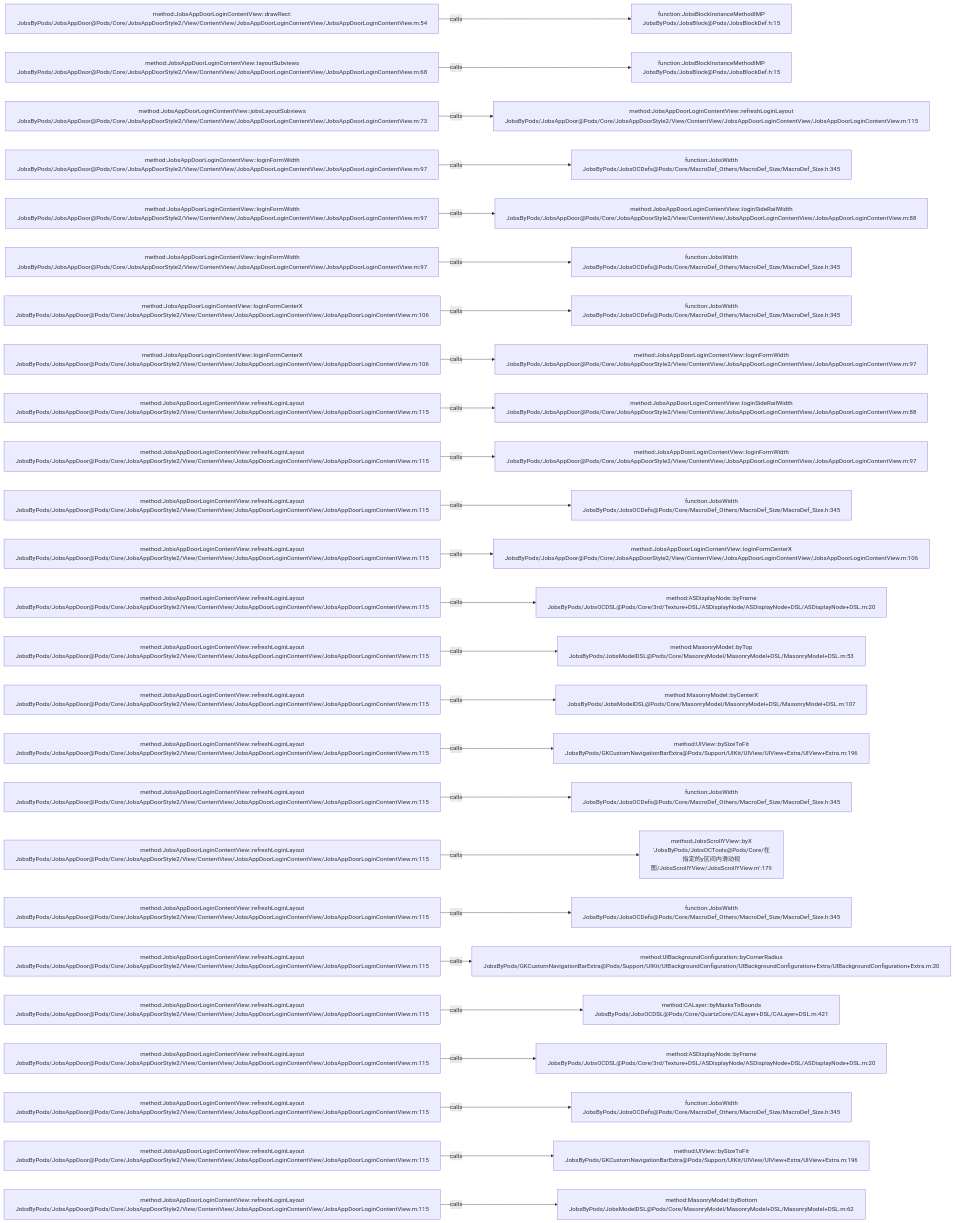
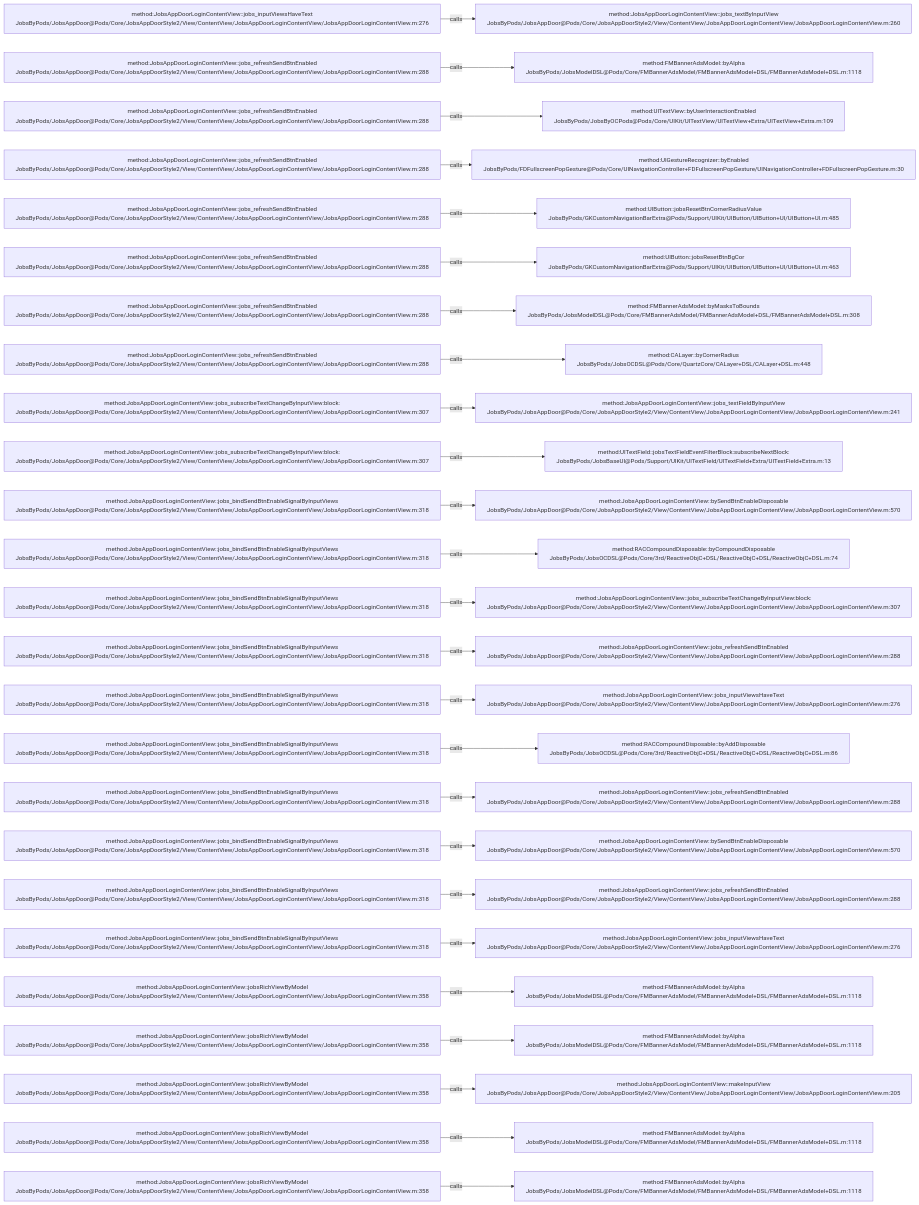
One commit to JobsKits/JobsOCBaseConfigDemo changed the diagram in .codegraph/codegraph.md/graphs/calls-120.md. Above: the diagram before and after it, drawn with Mermaid. The commit also changed 223 other files, not shown here.

````diff
--- a/.codegraph/codegraph.md/graphs/calls-120.md
+++ b/.codegraph/codegraph.md/graphs/calls-120.md
@@ -13,78 +13,78 @@
 ```mermaid
 flowchart LR
-  S1["method:JobsAppDoorLoginContentView::drawRect:<br/>JobsByPods/JobsAppDoor@Pods/Core/JobsAppDoorStyle2/View/ContentView/JobsAppDoorLoginContentView/JobsAppDoorLoginContentView.m:54"]
-  T1["function:JobsBlockInstanceMethodIMP<br/>JobsByPods/JobsBlock@Pods/JobsBlockDef.h:15"]
+  S1["method:JobsAppDoorLoginContentView::jobs_inputViewsHaveText<br/>JobsByPods/JobsAppDoor@Pods/Core/JobsAppDoorStyle2/View/ContentView/JobsAppDoorLoginContentView/JobsAppDoorLoginContentView.m:276"]
+  T1["method:JobsAppDoorLoginContentView::jobs_textByInputView<br/>JobsByPods/JobsAppDoor@Pods/Core/JobsAppDoorStyle2/View/ContentView/JobsAppDoorLoginContentView/JobsAppDoorLoginContentView.m:260"]
   S1 -->|calls| T1
-  S2["method:JobsAppDoorLoginContentView::layoutSubviews<br/>JobsByPods/JobsAppDoor@Pods/Core/JobsAppDoorStyle2/View/ContentView/JobsAppDoorLoginContentView/JobsAppDoorLoginContentView.m:68"]
-  T2["function:JobsBlockInstanceMethodIMP<br/>JobsByPods/JobsBlock@Pods/JobsBlockDef.h:15"]
+  S2["method:JobsAppDoorLoginContentView::jobs_refreshSendBtnEnabled<br/>JobsByPods/JobsAppDoor@Pods/Core/JobsAppDoorStyle2/View/ContentView/JobsAppDoorLoginContentView/JobsAppDoorLoginContentView.m:288"]
+  T2["method:FMBannerAdsModel::byAlpha<br/>JobsByPods/JobsModelDSL@Pods/Core/FMBannerAdsModel/FMBannerAdsModel+DSL/FMBannerAdsModel+DSL.m:1118"]
   S2 -->|calls| T2
-  S3["method:JobsAppDoorLoginContentView::jobsLayoutSubviews<br/>JobsByPods/JobsAppDoor@Pods/Core/JobsAppDoorStyle2/View/ContentView/JobsAppDoorLoginContentView/JobsAppDoorLoginContentView.m:73"]
-  T3["method:JobsAppDoorLoginContentView::refreshLoginLayout<br/>JobsByPods/JobsAppDoor@Pods/Core/JobsAppDoorStyle2/View/ContentView/JobsAppDoorLoginContentView/JobsAppDoorLoginContentView.m:115"]
+  S3["method:JobsAppDoorLoginContentView::jobs_refreshSendBtnEnabled<br/>JobsByPods/JobsAppDoor@Pods/Core/JobsAppDoorStyle2/View/ContentView/JobsAppDoorLoginContentView/JobsAppDoorLoginContentView.m:288"]
+  T3["method:UITextView::byUserInteractionEnabled<br/>JobsByPods/JobsByOCPods@Pods/Core/UIKit/UITextView/UITextView+Extra/UITextView+Extra.m:109"]
   S3 -->|calls| T3
-  S4["method:JobsAppDoorLoginContentView::loginFormWidth<br/>JobsByPods/JobsAppDoor@Pods/Core/JobsAppDoorStyle2/View/ContentView/JobsAppDoorLoginContentView/JobsAppDoorLoginContentView.m:97"]
-  T4["function:JobsWidth<br/>JobsByPods/JobsOCDefs@Pods/Core/MacroDef_Others/MacroDef_Size/MacroDef_Size.h:345"]
+  S4["method:JobsAppDoorLoginContentView::jobs_refreshSendBtnEnabled<br/>JobsByPods/JobsAppDoor@Pods/Core/JobsAppDoorStyle2/View/ContentView/JobsAppDoorLoginContentView/JobsAppDoorLoginContentView.m:288"]
+  T4["method:UIGestureRecognizer::byEnabled<br/>JobsByPods/FDFullscreenPopGesture@Pods/Core/UINavigationController+FDFullscreenPopGesture/UINavigationController+FDFullscreenPopGesture.m:30"]
   S4 -->|calls| T4
-  S5["method:JobsAppDoorLoginContentView::loginFormWidth<br/>JobsByPods/JobsAppDoor@Pods/Core/JobsAppDoorStyle2/View/ContentView/JobsAppDoorLoginContentView/JobsAppDoorLoginContentView.m:97"]
-  T5["method:JobsAppDoorLoginContentView::loginSideRailWidth<br/>JobsByPods/JobsAppDoor@Pods/Core/JobsAppDoorStyle2/View/ContentView/JobsAppDoorLoginContentView/JobsAppDoorLoginContentView.m:88"]
+  S5["method:JobsAppDoorLoginContentView::jobs_refreshSendBtnEnabled<br/>JobsByPods/JobsAppDoor@Pods/Core/JobsAppDoorStyle2/View/ContentView/JobsAppDoorLoginContentView/JobsAppDoorLoginContentView.m:288"]
+  T5["method:UIButton::jobsResetBtnCornerRadiusValue<br/>JobsByPods/GKCustomNavigationBarExtra@Pods/Support/UIKit/UIButton/UIButton+UI/UIButton+UI.m:485"]
   S5 -->|calls| T5
-  S6["method:JobsAppDoorLoginContentView::loginFormWidth<br/>JobsByPods/JobsAppDoor@Pods/Core/JobsAppDoorStyle2/View/ContentView/JobsAppDoorLoginContentView/JobsAppDoorLoginContentView.m:97"]
-  T6["function:JobsWidth<br/>JobsByPods/JobsOCDefs@Pods/Core/MacroDef_Others/MacroDef_Size/MacroDef_Size.h:345"]
+  S6["method:JobsAppDoorLoginContentView::jobs_refreshSendBtnEnabled<br/>JobsByPods/JobsAppDoor@Pods/Core/JobsAppDoorStyle2/View/ContentView/JobsAppDoorLoginContentView/JobsAppDoorLoginContentView.m:288"]
+  T6["method:UIButton::jobsResetBtnBgCor<br/>JobsByPods/GKCustomNavigationBarExtra@Pods/Support/UIKit/UIButton/UIButton+UI/UIButton+UI.m:463"]
   S6 -->|calls| T6
-  S7["method:JobsAppDoorLoginContentView::loginFormCenterX<br/>JobsByPods/JobsAppDoor@Pods/Core/JobsAppDoorStyle2/View/ContentView/JobsAppDoorLoginContentView/JobsAppDoorLoginContentView.m:106"]
-  T7["function:JobsWidth<br/>JobsByPods/JobsOCDefs@Pods/Core/MacroDef_Others/MacroDef_Size/MacroDef_Size.h:345"]
+  S7["method:JobsAppDoorLoginContentView::jobs_refreshSendBtnEnabled<br/>JobsByPods/JobsAppDoor@Pods/Core/JobsAppDoorStyle2/View/ContentView/JobsAppDoorLoginContentView/JobsAppDoorLoginContentView.m:288"]
+  T7["method:FMBannerAdsModel::byMasksToBounds<br/>JobsByPods/JobsModelDSL@Pods/Core/FMBannerAdsModel/FMBannerAdsModel+DSL/FMBannerAdsModel+DSL.m:308"]
   S7 -->|calls| T7
-  S8["method:JobsAppDoorLoginContentView::loginFormCenterX<br/>JobsByPods/JobsAppDoor@Pods/Core/JobsAppDoorStyle2/View/ContentView/JobsAppDoorLoginContentView/JobsAppDoorLoginContentView.m:106"]
-  T8["method:JobsAppDoorLoginContentView::loginFormWidth<br/>JobsByPods/JobsAppDoor@Pods/Core/JobsAppDoorStyle2/View/ContentView/JobsAppDoorLoginContentView/JobsAppDoorLoginContentView.m:97"]
+  S8["method:JobsAppDoorLoginContentView::jobs_refreshSendBtnEnabled<br/>JobsByPods/JobsAppDoor@Pods/Core/JobsAppDoorStyle2/View/ContentView/JobsAppDoorLoginContentView/JobsAppDoorLoginContentView.m:288"]
+  T8["method:CALayer::byCornerRadius<br/>JobsByPods/JobsOCDSL@Pods/Core/QuartzCore/CALayer+DSL/CALayer+DSL.m:448"]
   S8 -->|calls| T8
-  S9["method:JobsAppDoorLoginContentView::refreshLoginLayout<br/>JobsByPods/JobsAppDoor@Pods/Core/JobsAppDoorStyle2/View/ContentView/JobsAppDoorLoginContentView/JobsAppDoorLoginContentView.m:115"]
-  T9["method:JobsAppDoorLoginContentView::loginSideRailWidth<br/>JobsByPods/JobsAppDoor@Pods/Core/JobsAppDoorStyle2/View/ContentView/JobsAppDoorLoginContentView/JobsAppDoorLoginContentView.m:88"]
+  S9["method:JobsAppDoorLoginContentView::jobs_subscribeTextChangeByInputView:block:<br/>JobsByPods/JobsAppDoor@Pods/Core/JobsAppDoorStyle2/View/ContentView/JobsAppDoorLoginContentView/JobsAppDoorLoginContentView.m:307"]
+  T9["method:JobsAppDoorLoginContentView::jobs_textFieldByInputView<br/>JobsByPods/JobsAppDoor@Pods/Core/JobsAppDoorStyle2/View/ContentView/JobsAppDoorLoginContentView/JobsAppDoorLoginContentView.m:241"]
   S9 -->|calls| T9
-  S10["method:JobsAppDoorLoginContentView::refreshLoginLayout<br/>JobsByPods/JobsAppDoor@Pods/Core/JobsAppDoorStyle2/View/ContentView/JobsAppDoorLoginContentView/JobsAppDoorLoginContentView.m:115"]
-  T10["method:JobsAppDoorLoginContentView::loginFormWidth<br/>JobsByPods/JobsAppDoor@Pods/Core/JobsAppDoorStyle2/View/ContentView/JobsAppDoorLoginContentView/JobsAppDoorLoginContentView.m:97"]
+  S10["method:JobsAppDoorLoginContentView::jobs_subscribeTextChangeByInputView:block:<br/>JobsByPods/JobsAppDoor@Pods/Core/JobsAppDoorStyle2/View/ContentView/JobsAppDoorLoginContentView/JobsAppDoorLoginContentView.m:307"]
+  T10["method:UITextField::jobsTextFieldEventFilterBlock:subscribeNextBlock:<br/>JobsByPods/JobsBaseUI@Pods/Support/UIKit/UITextField/UITextField+Extra/UITextField+Extra.m:13"]
   S10 -->|calls| T10
-  S11["method:JobsAppDoorLoginContentView::refreshLoginLayout<br/>JobsByPods/JobsAppDoor@Pods/Core/JobsAppDoorStyle2/View/ContentView/JobsAppDoorLoginContentView/JobsAppDoorLoginContentView.m:115"]
-  T11["function:JobsWidth<br/>JobsByPods/JobsOCDefs@Pods/Core/MacroDef_Others/MacroDef_Size/MacroDef_Size.h:345"]
+  S11["method:JobsAppDoorLoginContentView::jobs_bindSendBtnEnableSignalByInputViews<br/>JobsByPods/JobsAppDoor@Pods/Core/JobsAppDoorStyle2/View/ContentView/JobsAppDoorLoginContentView/JobsAppDoorLoginContentView.m:318"]
+  T11["method:JobsAppDoorLoginContentView::bySendBtnEnableDisposable<br/>JobsByPods/JobsAppDoor@Pods/Core/JobsAppDoorStyle2/View/ContentView/JobsAppDoorLoginContentView/JobsAppDoorLoginContentView.m:570"]
   S11 -->|calls| T11
-  S12["method:JobsAppDoorLoginContentView::refreshLoginLayout<br/>JobsByPods/JobsAppDoor@Pods/Core/JobsAppDoorStyle2/View/ContentView/JobsAppDoorLoginContentView/JobsAppDoorLoginContentView.m:115"]
-  T12["method:JobsAppDoorLoginContentView::loginFormCenterX<br/>JobsByPods/JobsAppDoor@Pods/Core/JobsAppDoorStyle2/View/ContentView/JobsAppDoorLoginContentView/JobsAppDoorLoginContentView.m:106"]
+  S12["method:JobsAppDoorLoginContentView::jobs_bindSendBtnEnableSignalByInputViews<br/>JobsByPods/JobsAppDoor@Pods/Core/JobsAppDoorStyle2/View/ContentView/JobsAppDoorLoginContentView/JobsAppDoorLoginContentView.m:318"]
+  T12["method:RACCompoundDisposable::byCompoundDisposable<br/>JobsByPods/JobsOCDSL@Pods/Core/3rd/ReactiveObjC+DSL/ReactiveObjC+DSL/ReactiveObjC+DSL.m:74"]
   S12 -->|calls| T12
-  S13["method:JobsAppDoorLoginContentView::refreshLoginLayout<br/>JobsByPods/JobsAppDoor@Pods/Core/JobsAppDoorStyle2/View/ContentView/JobsAppDoorLoginContentView/JobsAppDoorLoginContentView.m:115"]
-  T13["method:ASDisplayNode::byFrame<br/>JobsByPods/JobsOCDSL@Pods/Core/3rd/Texture+DSL/ASDisplayNode/ASDisplayNode+DSL/ASDisplayNode+DSL.m:20"]
+  S13["method:JobsAppDoorLoginContentView::jobs_bindSendBtnEnableSignalByInputViews<br/>JobsByPods/JobsAppDoor@Pods/Core/JobsAppDoorStyle2/View/ContentView/JobsAppDoorLoginContentView/JobsAppDoorLoginContentView.m:318"]
+  T13["method:JobsAppDoorLoginContentView::jobs_subscribeTextChangeByInputView:block:<br/>JobsByPods/JobsAppDoor@Pods/Core/JobsAppDoorStyle2/View/ContentView/JobsAppDoorLoginContentView/JobsAppDoorLoginContentView.m:307"]
   S13 -->|calls| T13
-  S14["method:JobsAppDoorLoginContentView::refreshLoginLayout<br/>JobsByPods/JobsAppDoor@Pods/Core/JobsAppDoorStyle2/View/ContentView/JobsAppDoorLoginContentView/JobsAppDoorLoginContentView.m:115"]
-  T14["method:MasonryModel::byTop<br/>JobsByPods/JobsModelDSL@Pods/Core/MasonryModel/MasonryModel+DSL/MasonryModel+DSL.m:53"]
+  S14["method:JobsAppDoorLoginContentView::jobs_bindSendBtnEnableSignalByInputViews<br/>JobsByPods/JobsAppDoor@Pods/Core/JobsAppDoorStyle2/View/ContentView/JobsAppDoorLoginContentView/JobsAppDoorLoginContentView.m:318"]
+  T14["method:JobsAppDoorLoginContentView::jobs_refreshSendBtnEnabled<br/>JobsByPods/JobsAppDoor@Pods/Core/JobsAppDoorStyle2/View/ContentView/JobsAppDoorLoginContentView/JobsAppDoorLoginContentView.m:288"]
   S14 -->|calls| T14
-  S15["method:JobsAppDoorLoginContentView::refreshLoginLayout<br/>JobsByPods/JobsAppDoor@Pods/Core/JobsAppDoorStyle2/View/ContentView/JobsAppDoorLoginContentView/JobsAppDoorLoginContentView.m:115"]
-  T15["method:MasonryModel::byCenterX<br/>JobsByPods/JobsModelDSL@Pods/Core/MasonryModel/MasonryModel+DSL/MasonryModel+DSL.m:107"]
+  S15["method:JobsAppDoorLoginContentView::jobs_bindSendBtnEnableSignalByInputViews<br/>JobsByPods/JobsAppDoor@Pods/Core/JobsAppDoorStyle2/View/ContentView/JobsAppDoorLoginContentView/JobsAppDoorLoginContentView.m:318"]
+  T15["method:JobsAppDoorLoginContentView::jobs_inputViewsHaveText<br/>JobsByPods/JobsAppDoor@Pods/Core/JobsAppDoorStyle2/View/ContentView/JobsAppDoorLoginContentView/JobsAppDoorLoginContentView.m:276"]
   S15 -->|calls| T15
-  S16["method:JobsAppDoorLoginContentView::refreshLoginLayout<br/>JobsByPods/JobsAppDoor@Pods/Core/JobsAppDoorStyle2/View/ContentView/JobsAppDoorLoginContentView/JobsAppDoorLoginContentView.m:115"]
-  T16["method:UIView::bySizeToFit<br/>JobsByPods/GKCustomNavigationBarExtra@Pods/Support/UIKit/UIView/UIView+Extra/UIView+Extra.m:196"]
+  S16["method:JobsAppDoorLoginContentView::jobs_bindSendBtnEnableSignalByInputViews<br/>JobsByPods/JobsAppDoor@Pods/Core/JobsAppDoorStyle2/View/ContentView/JobsAppDoorLoginContentView/JobsAppDoorLoginContentView.m:318"]
+  T16["method:RACCompoundDisposable::byAddDisposable<br/>JobsByPods/JobsOCDSL@Pods/Core/3rd/ReactiveObjC+DSL/ReactiveObjC+DSL/ReactiveObjC+DSL.m:86"]
   S16 -->|calls| T16
-  S17["method:JobsAppDoorLoginContentView::refreshLoginLayout<br/>JobsByPods/JobsAppDoor@Pods/Core/JobsAppDoorStyle2/View/ContentView/JobsAppDoorLoginContentView/JobsAppDoorLoginContentView.m:115"]
-  T17["function:JobsWidth<br/>JobsByPods/JobsOCDefs@Pods/Core/MacroDef_Others/MacroDef_Size/MacroDef_Size.h:345"]
+  S17["method:JobsAppDoorLoginContentView::jobs_bindSendBtnEnableSignalByInputViews<br/>JobsByPods/JobsAppDoor@Pods/Core/JobsAppDoorStyle2/View/ContentView/JobsAppDoorLoginContentView/JobsAppDoorLoginContentView.m:318"]
+  T17["method:JobsAppDoorLoginContentView::jobs_refreshSendBtnEnabled<br/>JobsByPods/JobsAppDoor@Pods/Core/JobsAppDoorStyle2/View/ContentView/JobsAppDoorLoginContentView/JobsAppDoorLoginContentView.m:288"]
   S17 -->|calls| T17
-  S18["method:JobsAppDoorLoginContentView::refreshLoginLayout<br/>JobsByPods/JobsAppDoor@Pods/Core/JobsAppDoorStyle2/View/ContentView/JobsAppDoorLoginContentView/JobsAppDoorLoginContentView.m:115"]
-  T18["method:JobsScrollYView::byX<br/>'JobsByPods/JobsOCTools@Pods/Core/在指定的y区间内滑动视图/JobsScrollYView/JobsScrollYView.m':179"]
+  S18["method:JobsAppDoorLoginContentView::jobs_bindSendBtnEnableSignalByInputViews<br/>JobsByPods/JobsAppDoor@Pods/Core/JobsAppDoorStyle2/View/ContentView/JobsAppDoorLoginContentView/JobsAppDoorLoginContentView.m:318"]
+  T18["method:JobsAppDoorLoginContentView::bySendBtnEnableDisposable<br/>JobsByPods/JobsAppDoor@Pods/Core/JobsAppDoorStyle2/View/ContentView/JobsAppDoorLoginContentView/JobsAppDoorLoginContentView.m:570"]
   S18 -->|calls| T18
-  S19["method:JobsAppDoorLoginContentView::refreshLoginLayout<br/>JobsByPods/JobsAppDoor@Pods/Core/JobsAppDoorStyle2/View/ContentView/JobsAppDoorLoginContentView/JobsAppDoorLoginContentView.m:115"]
-  T19["function:JobsWidth<br/>JobsByPods/JobsOCDefs@Pods/Core/MacroDef_Others/MacroDef_Size/MacroDef_Size.h:345"]
+  S19["method:JobsAppDoorLoginContentView::jobs_bindSendBtnEnableSignalByInputViews<br/>JobsByPods/JobsAppDoor@Pods/Core/JobsAppDoorStyle2/View/ContentView/JobsAppDoorLoginContentView/JobsAppDoorLoginContentView.m:318"]
+  T19["method:JobsAppDoorLoginContentView::jobs_refreshSendBtnEnabled<br/>JobsByPods/JobsAppDoor@Pods/Core/JobsAppDoorStyle2/View/ContentView/JobsAppDoorLoginContentView/JobsAppDoorLoginContentView.m:288"]
   S19 -->|calls| T19
-  S20["method:JobsAppDoorLoginContentView::refreshLoginLayout<br/>JobsByPods/JobsAppDoor@Pods/Core/JobsAppDoorStyle2/View/ContentView/JobsAppDoorLoginContentView/JobsAppDoorLoginContentView.m:115"]
-  T20["method:UIBackgroundConfiguration::byCornerRadius<br/>JobsByPods/GKCustomNavigationBarExtra@Pods/Support/UIKit/UIBackgroundConfiguration/UIBackgroundConfiguration+Extra/UIBackgroundConfiguration+Extra.m:20"]
+  S20["method:JobsAppDoorLoginContentView::jobs_bindSendBtnEnableSignalByInputViews<br/>JobsByPods/JobsAppDoor@Pods/Core/JobsAppDoorStyle2/View/ContentView/JobsAppDoorLoginContentView/JobsAppDoorLoginContentView.m:318"]
+  T20["method:JobsAppDoorLoginContentView::jobs_inputViewsHaveText<br/>JobsByPods/JobsAppDoor@Pods/Core/JobsAppDoorStyle2/View/ContentView/JobsAppDoorLoginContentView/JobsAppDoorLoginContentView.m:276"]
   S20 -->|calls| T20
-  S21["method:JobsAppDoorLoginContentView::refreshLoginLayout<br/>JobsByPods/JobsAppDoor@Pods/Core/JobsAppDoorStyle2/View/ContentView/JobsAppDoorLoginContentView/JobsAppDoorLoginContentView.m:115"]
-  T21["method:CALayer::byMasksToBounds<br/>JobsByPods/JobsOCDSL@Pods/Core/QuartzCore/CALayer+DSL/CALayer+DSL.m:421"]
+  S21["method:JobsAppDoorLoginContentView::jobsRichViewByModel<br/>JobsByPods/JobsAppDoor@Pods/Core/JobsAppDoorStyle2/View/ContentView/JobsAppDoorLoginContentView/JobsAppDoorLoginContentView.m:358"]
+  T21["method:FMBannerAdsModel::byAlpha<br/>JobsByPods/JobsModelDSL@Pods/Core/FMBannerAdsModel/FMBannerAdsModel+DSL/FMBannerAdsModel+DSL.m:1118"]
   S21 -->|calls| T21
-  S22["method:JobsAppDoorLoginContentView::refreshLoginLayout<br/>JobsByPods/JobsAppDoor@Pods/Core/JobsAppDoorStyle2/View/ContentView/JobsAppDoorLoginContentView/JobsAppDoorLoginContentView.m:115"]
-  T22["method:ASDisplayNode::byFrame<br/>JobsByPods/JobsOCDSL@Pods/Core/3rd/Texture+DSL/ASDisplayNode/ASDisplayNode+DSL/ASDisplayNode+DSL.m:20"]
+  S22["method:JobsAppDoorLoginContentView::jobsRichViewByModel<br/>JobsByPods/JobsAppDoor@Pods/Core/JobsAppDoorStyle2/View/ContentView/JobsAppDoorLoginContentView/JobsAppDoorLoginContentView.m:358"]
+  T22["method:FMBannerAdsModel::byAlpha<br/>JobsByPods/JobsModelDSL@Pods/Core/FMBannerAdsModel/FMBannerAdsModel+DSL/FMBannerAdsModel+DSL.m:1118"]
   S22 -->|calls| T22
-  S23["method:JobsAppDoorLoginContentView::refreshLoginLayout<br/>JobsByPods/JobsAppDoor@Pods/Core/JobsAppDoorStyle2/View/ContentView/JobsAppDoorLoginContentView/JobsAppDoorLoginContentView.m:115"]
-  T23["function:JobsWidth<br/>JobsByPods/JobsOCDefs@Pods/Core/MacroDef_Others/MacroDef_Size/MacroDef_Size.h:345"]
+  S23["method:JobsAppDoorLoginContentView::jobsRichViewByModel<br/>JobsByPods/JobsAppDoor@Pods/Core/JobsAppDoorStyle2/View/ContentView/JobsAppDoorLoginContentView/JobsAppDoorLoginContentView.m:358"]
+  T23["method:JobsAppDoorLoginContentView::makeInputView<br/>JobsByPods/JobsAppDoor@Pods/Core/JobsAppDoorStyle2/View/ContentView/JobsAppDoorLoginContentView/JobsAppDoorLoginContentView.m:205"]
   S23 -->|calls| T23
-  S24["method:JobsAppDoorLoginContentView::refreshLoginLayout<br/>JobsByPods/JobsAppDoor@Pods/Core/JobsAppDoorStyle2/View/ContentView/JobsAppDoorLoginContentView/JobsAppDoorLoginContentView.m:115"]
-  T24["method:UIView::bySizeToFit<br/>JobsByPods/GKCustomNavigationBarExtra@Pods/Support/UIKit/UIView/UIView+Extra/UIView+Extra.m:196"]
+  S24["method:JobsAppDoorLoginContentView::jobsRichViewByModel<br/>JobsByPods/JobsAppDoor@Pods/Core/JobsAppDoorStyle2/View/ContentView/JobsAppDoorLoginContentView/JobsAppDoorLoginContentView.m:358"]
+  T24["method:FMBannerAdsModel::byAlpha<br/>JobsByPods/JobsModelDSL@Pods/Core/FMBannerAdsModel/FMBannerAdsModel+DSL/FMBannerAdsModel+DSL.m:1118"]
   S24 -->|calls| T24
-  S25["method:JobsAppDoorLoginContentView::refreshLoginLayout<br/>JobsByPods/JobsAppDoor@Pods/Core/JobsAppDoorStyle2/View/ContentView/JobsAppDoorLoginContentView/JobsAppDoorLoginContentView.m:115"]
-  T25["method:MasonryModel::byBottom<br/>JobsByPods/JobsModelDSL@Pods/Core/MasonryModel/MasonryModel+DSL/MasonryModel+DSL.m:62"]
+  S25["method:JobsAppDoorLoginContentView::jobsRichViewByModel<br/>JobsByPods/JobsAppDoor@Pods/Core/JobsAppDoorStyle2/View/ContentView/JobsAppDoorLoginContentView/JobsAppDoorLoginContentView.m:358"]
+  T25["method:FMBannerAdsModel::byAlpha<br/>JobsByPods/JobsModelDSL@Pods/Core/FMBannerAdsModel/FMBannerAdsModel+DSL/FMBannerAdsModel+DSL.m:1118"]
   S25 -->|calls| T25
 ```
````
